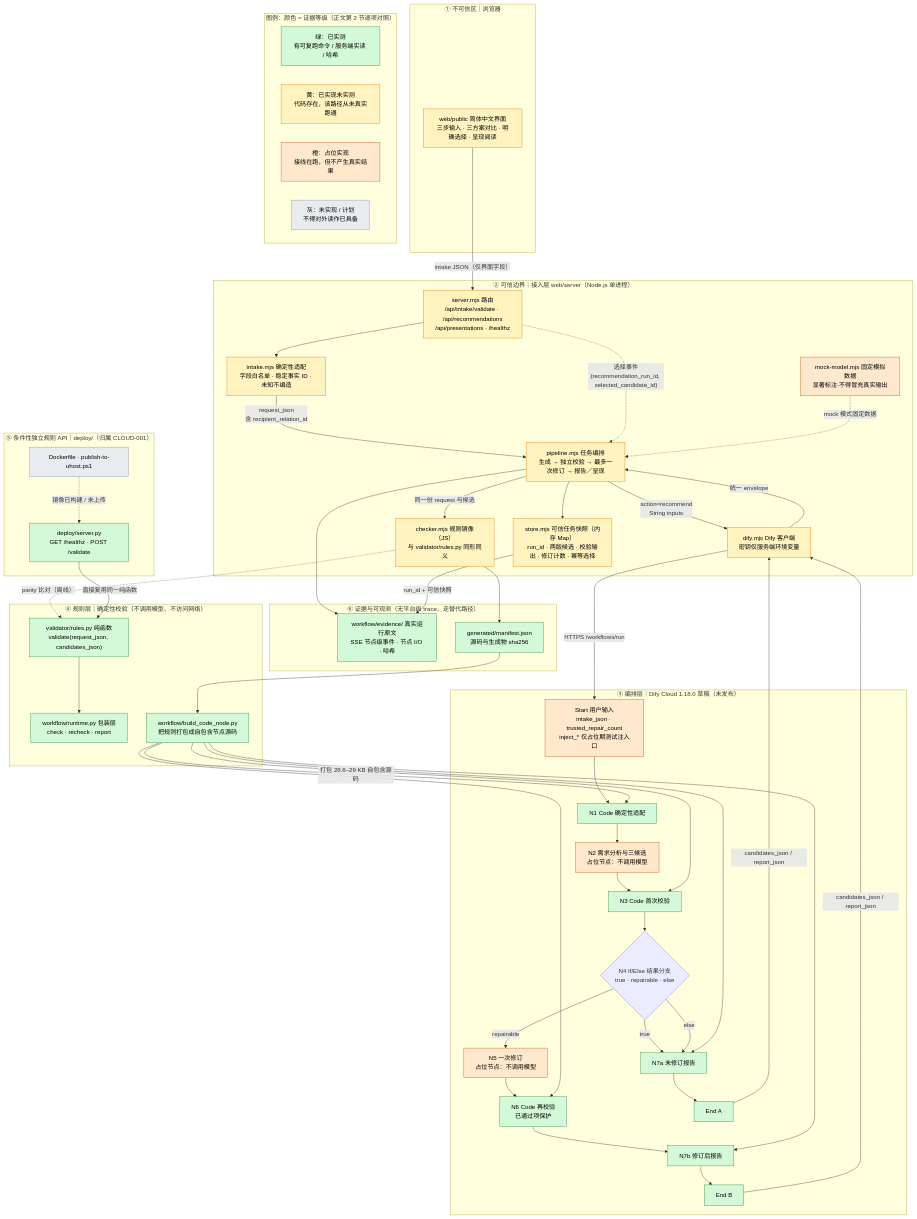
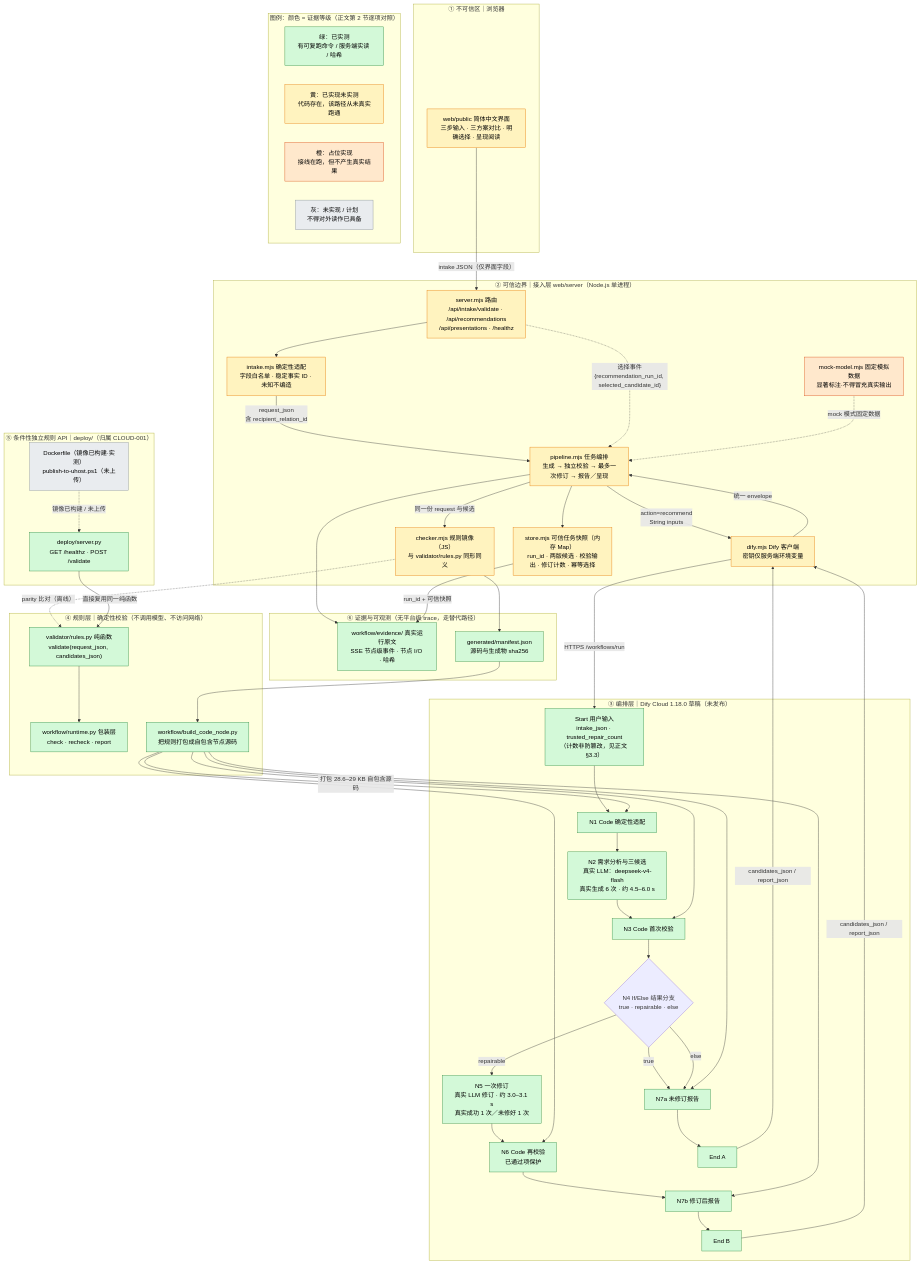
The first of 2 diagrams in docs/architecture.md (sunnyyang0822-stack/GiftWise-AI), drawn with Mermaid before and after one commit. The commit also changed other lines of this file and 9 other files, not shown here.

```diff
--- a/docs/architecture.md
+++ b/docs/architecture.md
@@ -96,12 +97,12 @@
     end
 
     subgraph Z3["③ 编排层｜Dify Cloud 1.18.0 草稿（未发布）"]
-        START["Start 用户输入<br/>intake_json · trusted_repair_count<br/>inject_* 仅占位期测试注入口"]
+        START["Start 用户输入<br/>intake_json · trusted_repair_count<br/>（计数非防篡改，见正文 §3.3）"]
         N1["N1 Code 确定性适配"]
-        N2["N2 需求分析与三候选<br/>占位节点：不调用模型"]
+        N2["N2 需求分析与三候选<br/>真实 LLM：deepseek-v4-flash<br/>真实生成 6 次 · 约 4.5–6.0 s"]
         N3["N3 Code 首次校验"]
         N4{"N4 If/Else 结果分支<br/>true · repairable · else"}
-        N5["N5 一次修订<br/>占位节点：不调用模型"]
+        N5["N5 一次修订<br/>真实 LLM 修订 · 约 3.0–3.1 s<br/>真实成功 1 次／未修好 1 次"]
         N6["N6 Code 再校验<br/>已通过项保护"]
         N7A["N7a 未修订报告"]
         N7B["N7b 修订后报告"]
@@ -117,7 +118,7 @@
 
     subgraph Z5["⑤ 条件性独立规则 API｜deploy/（归属 CLOUD-001）"]
         SRV["deploy/server.py<br/>GET /healthz · POST /validate"]
-        DOCKER["Dockerfile · publish-to-uhost.ps1"]
+        DOCKER["Dockerfile（镜像已构建·实测）<br/>publish-to-uhost.ps1（未上传）"]
     end
 
     subgraph Z6["⑥ 证据与可观测（无平台级 trace，走替代路径）"]
@@ -167,9 +168,9 @@
     classDef placeholder fill:#ffe8cc,stroke:#d9480f,color:#000
     classDef planned fill:#e9ecef,stroke:#868e96,color:#000
 
-    class RULES,RUNTIME,BUILD,N1,N3,N6,N7A,N7B,EA,EB,HASH,EVID,SRV measured
+    class RULES,RUNTIME,BUILD,N1,N2,N3,N5,N6,N7A,N7B,EA,EB,HASH,EVID,SRV,START measured
     class ROUTE,ADAPTER,PIPE,STORE,JCHK,DCLIENT,UI unverified
-    class START,N2,N5,MOCK placeholder
+    class MOCK placeholder
     class DOCKER planned
     class L_MEASURED measured
     class L_UNVERIFIED unverified
```
